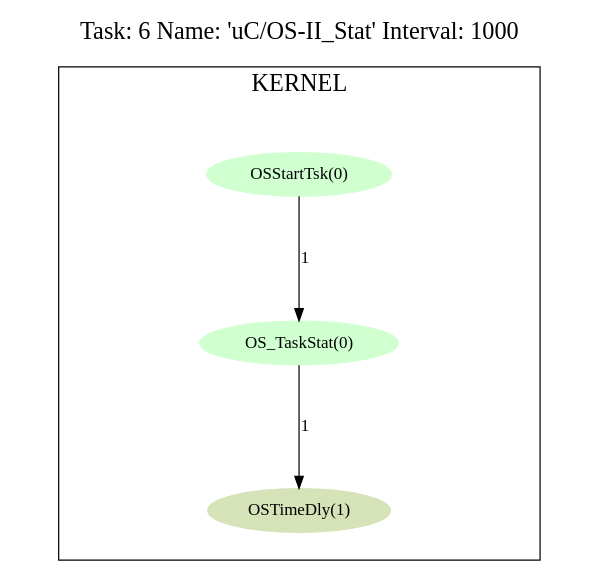
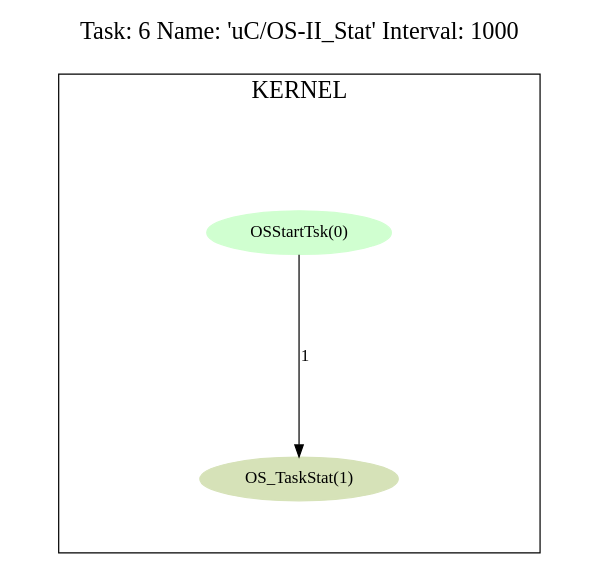
The diagram in ovp_platform/platform_2_tlb/6.uC-OS-II_Stat.cpum.dot (jcaplan/fingerprinting), drawn with Graphviz before and after one commit. The commit also changed 43 other files, not shown here.

```diff
--- a/ovp_platform/platform_2_tlb/6.uC-OS-II_Stat.cpum.dot
+++ b/ovp_platform/platform_2_tlb/6.uC-OS-II_Stat.cpum.dot
@@ -1,19 +1,16 @@
 digraph prof {
   size="6,6";
   ratio = fill;
   fontsize = "20";
   node [style=filled];
   labelloc = "t";
   label = "Task: 6 Name: 'uC/OS-II_Stat' Interval: 1000";
   subgraph cluster_kernel {
     label = "KERNEL";
-    "F1" [label = "OS_TaskStat(0)"];
-    "F1" -> "F2" [label = 1];
-    "F2" [label = "OSTimeDly(1)"];
+    "F1" [label = "OS_TaskStat(1)"];
     "F0" [label = "OSStartTsk(0)"];
     "F0" -> "F1" [label = 1];
-    "F1" [color="#d0ffd0"];
-    "F2" [color="#d6e2b8"];
+    "F1" [color="#d6e2b8"];
     "F0" [color="#d0ffd0"];
   }
 }
```
